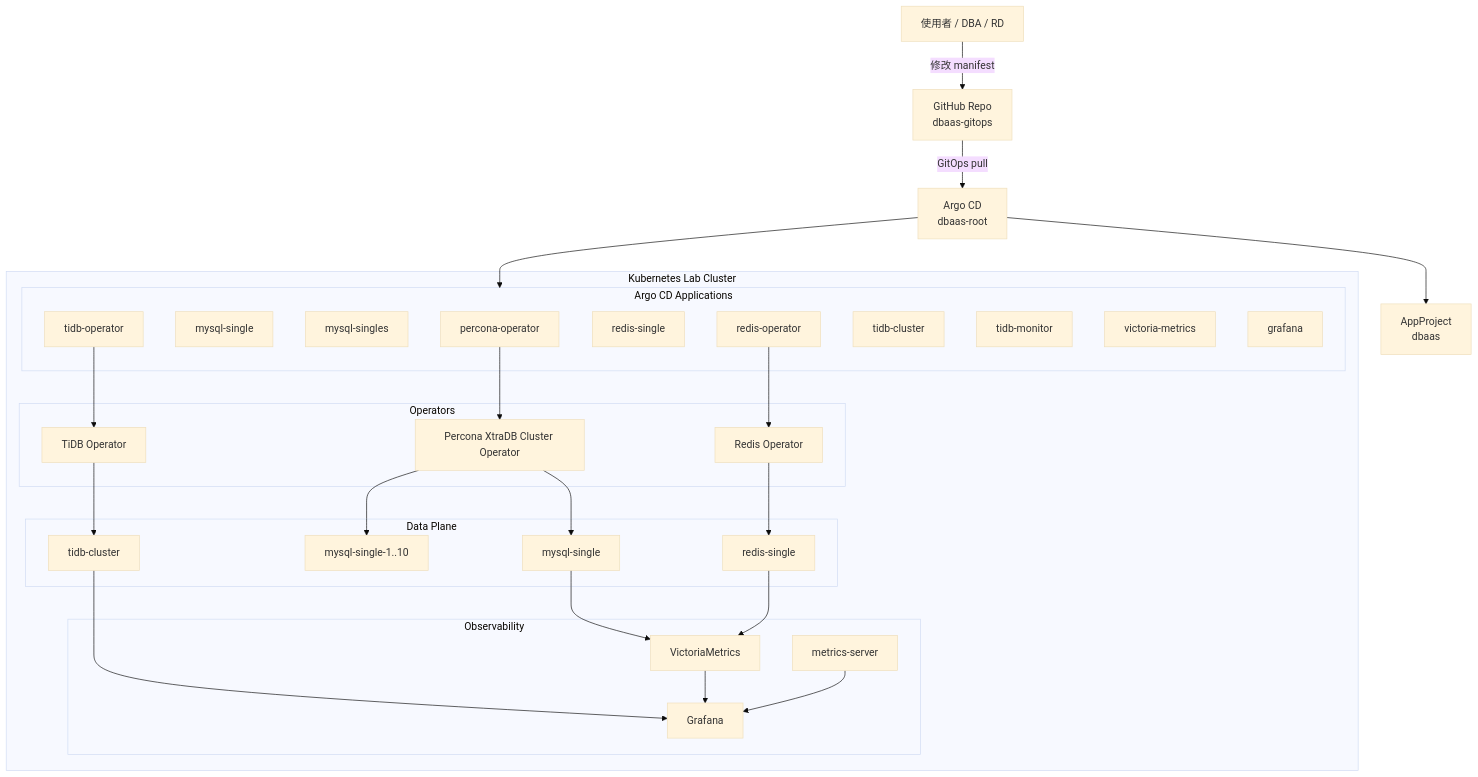
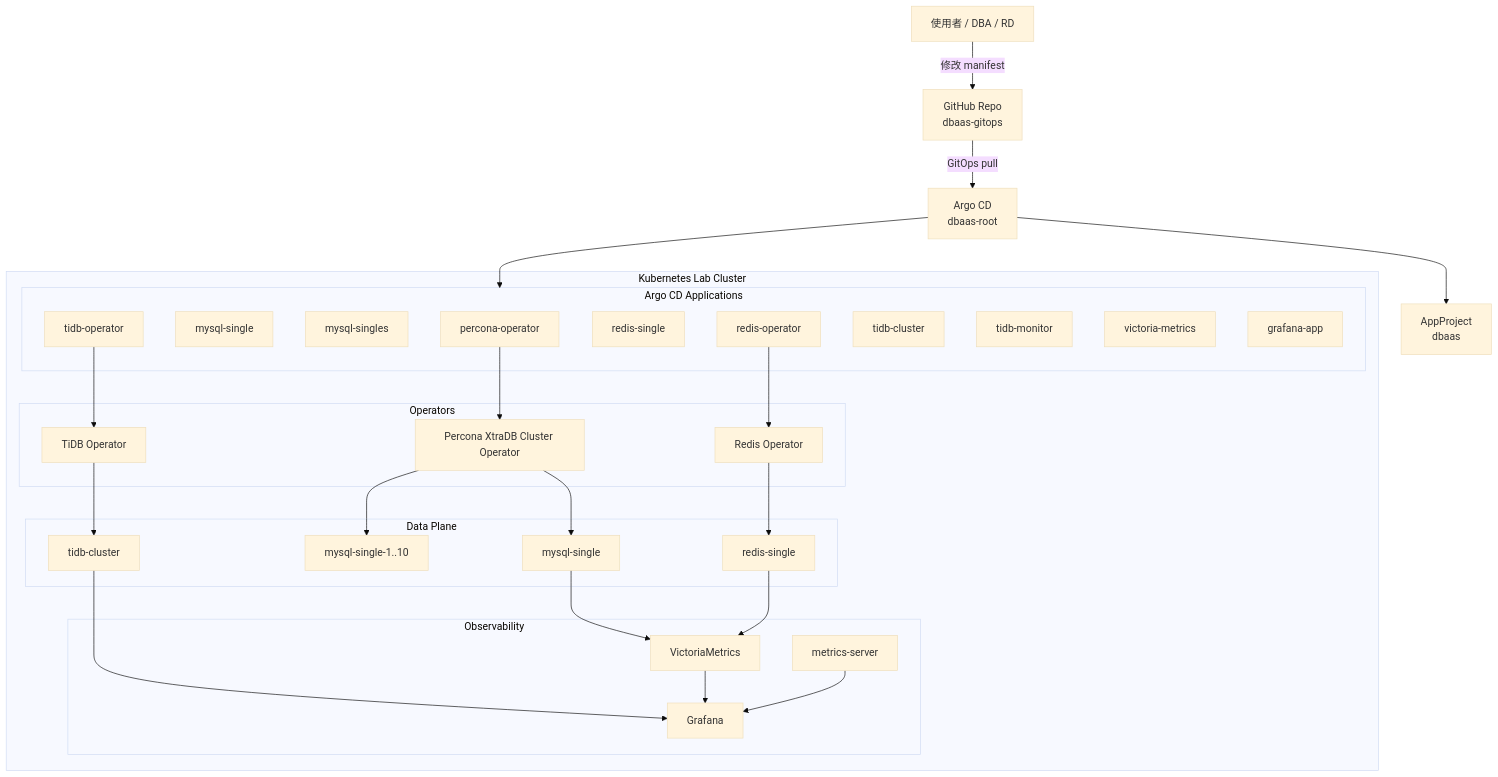
One commit to heavenruler/dba_career changed the diagram in dbaas/pre-slide.md. Above: the diagram before and after it, drawn with Mermaid (base theme). The commit also changed other lines of this file, not shown here.

````diff
--- a/dbaas/pre-slide.md
+++ b/dbaas/pre-slide.md
@@ -17,61 +17,61 @@
 ```mermaid
 flowchart TB
     user[使用者 / DBA / RD]
     github[GitHub Repo\ndbaas-gitops]
     argocd[Argo CD\ndbaas-root]
     project[AppProject\ndbaas]
 
     subgraph k8s[Kubernetes Lab Cluster]
         subgraph apps[Argo CD Applications]
             app1[percona-operator]
             app2[mysql-single]
             app3[mysql-singles]
             app4[redis-operator]
             app5[redis-single]
             app6[tidb-operator]
             app7[tidb-cluster]
             app8[tidb-monitor]
             app9[victoria-metrics]
-            app10[grafana]
+            app10[grafana-app]
         end
 
         subgraph operators[Operators]
             percona[Percona XtraDB Cluster Operator]
             redisop[Redis Operator]
             tidbop[TiDB Operator]
         end
 
         subgraph data[Data Plane]
             mysql1[mysql-single]
             mysqln[mysql-single-1..10]
             redis1[redis-single]
             tidb1[tidb-cluster]
         end
 
         subgraph obs[Observability]
             vm[VictoriaMetrics]
-            grafana[Grafana]
+            grafanaui[Grafana]
             metrics[metrics-server]
         end
     end
 
     user -->|修改 manifest| github
     github -->|GitOps pull| argocd
     argocd --> project
     argocd --> apps
 
     app1 --> percona
     app4 --> redisop
     app6 --> tidbop
 
     percona --> mysql1
     percona --> mysqln
     redisop --> redis1
     tidbop --> tidb1
 
     mysql1 --> vm
     redis1 --> vm
-    tidb1 --> grafana
-    vm --> grafana
-    metrics --> grafana
+    tidb1 --> grafanaui
+    vm --> grafanaui
+    metrics --> grafanaui
 ```
````
